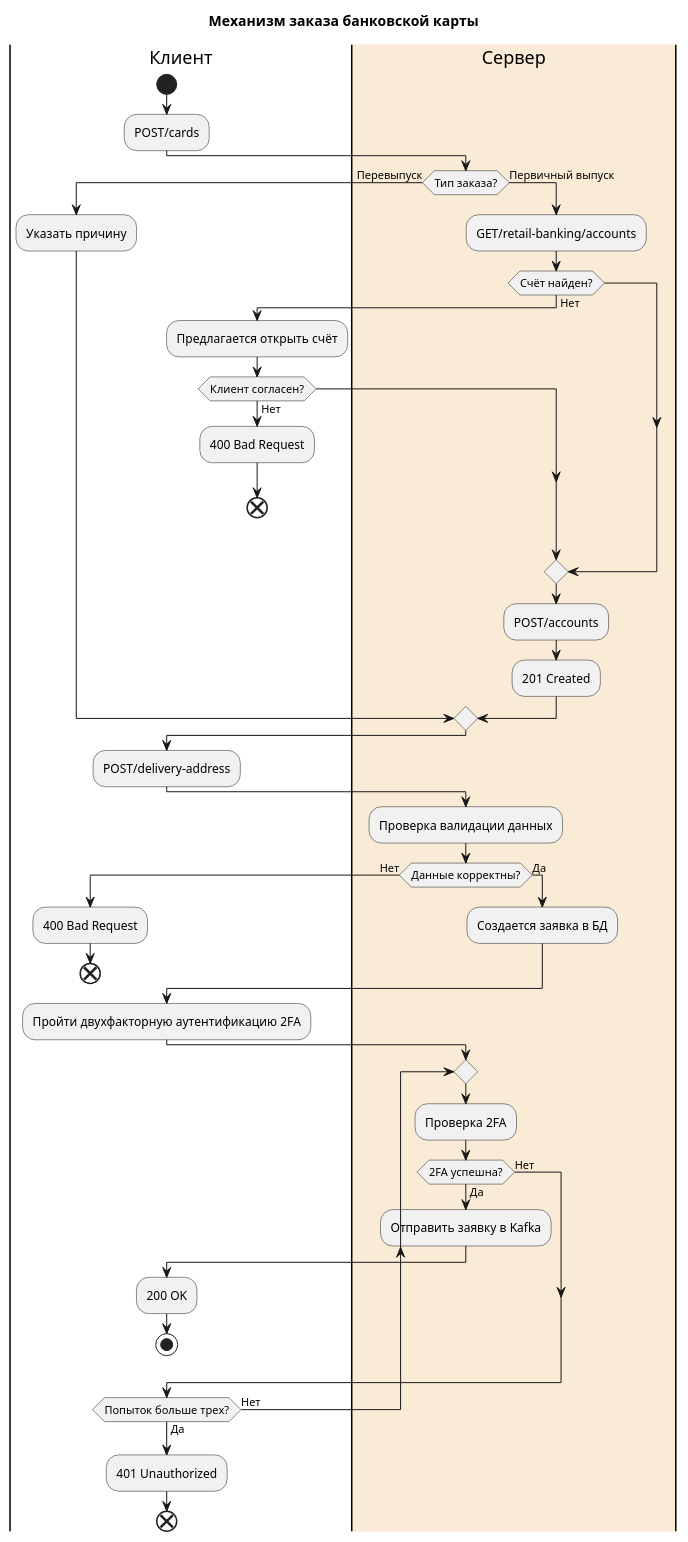
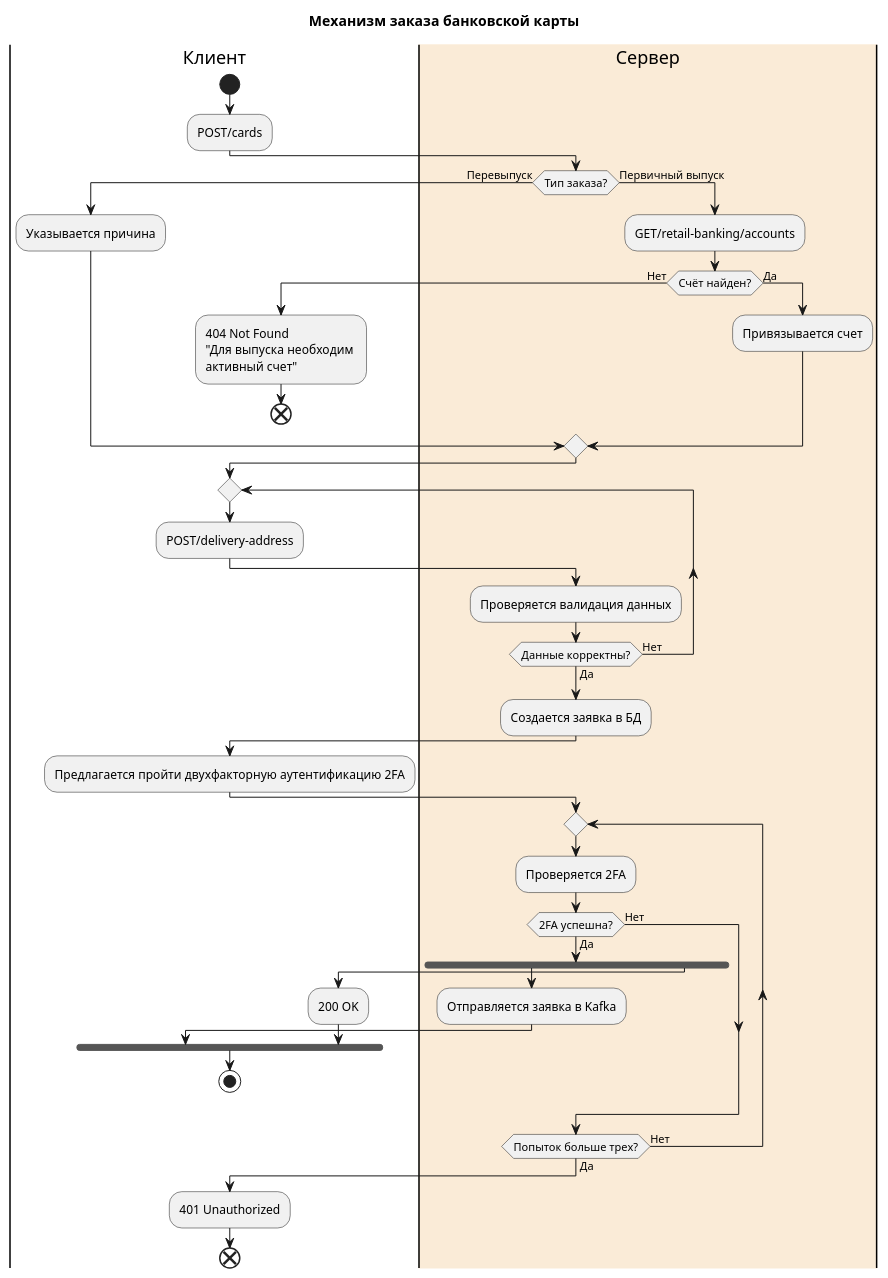
Before and after one commit to GimatutdinovaL/srs: the diagram in AD.puml, drawn with PlantUML.

```diff
--- a/AD.puml
+++ b/AD.puml
@@ -1,67 +1,73 @@
 @startuml
 title Механизм заказа банковской карты
 
 |Клиент|
 start
 :POST/cards;
 
-|#AntiqueWhite|Сервер|
+|#AntiqueWhite|Сервер| 
 if (Тип заказа?) then (Перевыпуск)
 |Клиент|
-:Указать причину;
+:Указывается причина;
 else (Первичный выпуск)
 |#AntiqueWhite|Сервер|
 :GET/retail-banking/accounts;
   
  if (Счёт найден?) then (Нет)
  |Клиент|
- :Предлагается открыть счёт;
-  if (Клиент согласен?) then (Нет)
-  :400 Bad Request;  
+ 
+  :404 Not Found
+  "Для выпуска необходим 
+  активный счет";  
   end
-  endif
- endif
+else (Да) 
 |#AntiqueWhite|Сервер|
-:POST/accounts;
-:201 Created;
+:Привязывается счет;
 
+endif
 endif
 
 |Клиент|
+repeat
 :POST/delivery-address;
 
 |#AntiqueWhite|Сервер|
-:Проверка валидации данных;
-if (Данные корректны?) then (Нет)
-|Клиент|
-:400 Bad Request;
-end
+:Проверяется валидация данных;
 
-else (Да)
+repeat while (Данные корректны?) is (Нет)not (Да)
+
+
 |#AntiqueWhite|Сервер|
 :Создается заявка в БД;
-endif
+
 
 |Клиент|
-:Пройти двухфакторную аутентификацию 2FA;
+:Предлагается пройти двухфакторную аутентификацию 2FA;
 
 |#AntiqueWhite|Сервер|
 
 repeat
 
-:Проверка 2FA;
+:Проверяется 2FA;
 if (2FA успешна?) then (Нет)
 else (Да)
-:Отправить заявку в Kafka;
+
+fork
+:Отправляется заявка в Kafka;
+fork again
 |Клиент|
 :200 OK;
+end fork
+
 stop
 endif
+
+|#AntiqueWhite|Сервер|
 
 repeat while (Попыток больше трех?) is (Нет)not (Да)
 
 |Клиент|
 :401 Unauthorized;
 end
 
 @enduml
```
